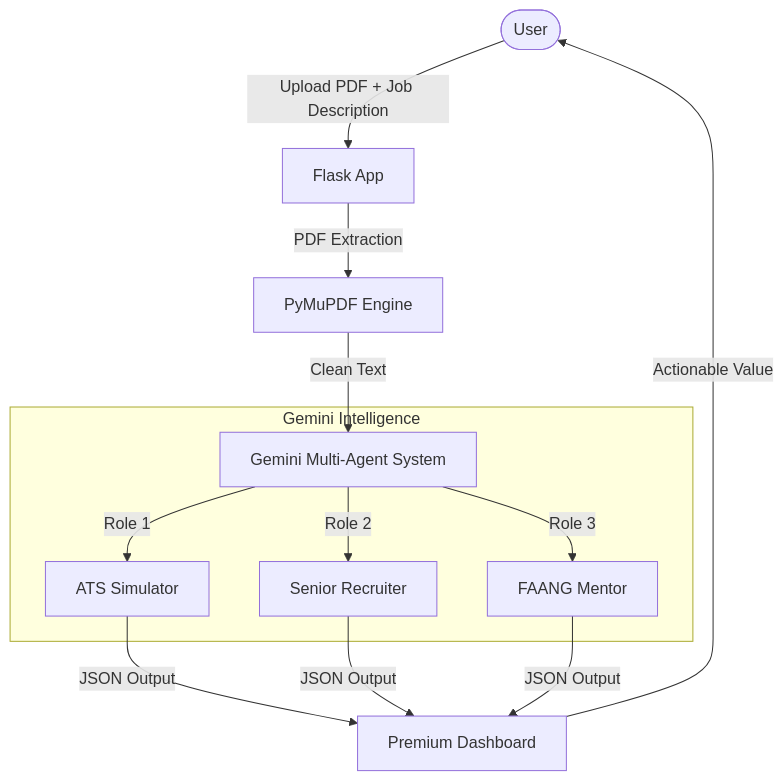
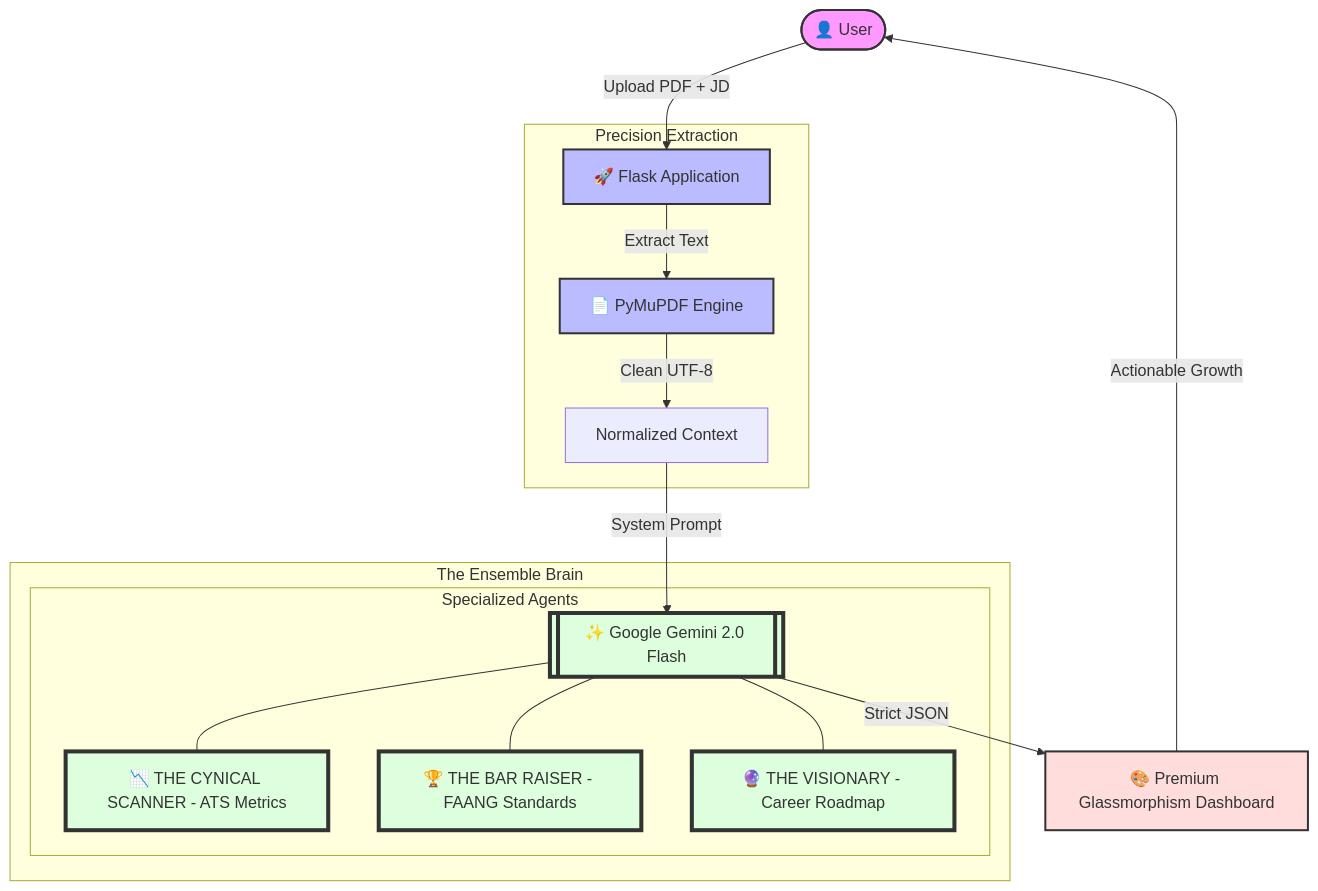
One commit to ShreyaRHipparagi/ai-ats-resume-analyzer changed the diagram in README.md. Above: the diagram before and after it, drawn with Mermaid. The commit also changed other lines of this file, not shown here.

````diff
--- a/README.md
+++ b/README.md
@@ -59,18 +71,34 @@
 ```mermaid
 graph TD
-    User([User]) -->|Upload PDF + Job Description| Flask[Flask App]
-    Flask -->|PDF Extraction| PyMuPDF[PyMuPDF Engine]
-    PyMuPDF -->|Clean Text| GeminiAgent[Gemini Multi-Agent System]
+    %% Styling
+    classDef user fill:#f9f,stroke:#333,stroke-width:2px;
+    classDef engine fill:#bbf,stroke:#333,stroke-width:2px;
+    classDef brain fill:#dfd,stroke:#333,stroke-width:4px;
+    classDef out fill:#fdd,stroke:#333,stroke-width:2px;
 
-    subgraph Gemini Intelligence
-        GeminiAgent -->|Role 1| ATS[ATS Simulator]
-        GeminiAgent -->|Role 2| Recruiter[Senior Recruiter]
-        GeminiAgent -->|Role 3| Mentor[FAANG Mentor]
+    User([👤 User]) -->|Upload PDF + JD| Flask[🚀 Flask Application]
+    
+    subgraph Processing_Layer [Precision Extraction]
+        Flask -->|Extract Text| PyMuPDF[📄 PyMuPDF Engine]
+        PyMuPDF -->|Clean UTF-8| Normalized[Normalized Context]
     end
 
-    ATS -->|JSON Output| Dashboard[Premium Dashboard]
-    Recruiter -->|JSON Output| Dashboard
-    Mentor -->|JSON Output| Dashboard
+    subgraph Intelligence_Layer [The Ensemble Brain]
+        Normalized -->|System Prompt| Gemini[[✨ Google Gemini 2.0 Flash]]
+        
+        subgraph Personas [Specialized Agents]
+            Gemini --- P1[📉 THE CYNICAL SCANNER - ATS Metrics]
+            Gemini --- P2[🏆 THE BAR RAISER - FAANG Standards]
+            Gemini --- P3[🔮 THE VISIONARY - Career Roadmap]
+        end
+    end
 
-    Dashboard -->|Actionable Value| User
+    Gemini -->|Strict JSON| Dashboard[🎨 Premium Glassmorphism Dashboard]
+    Dashboard -->|Actionable Growth| User
+
+    %% Styles
+    class User user;
+    class Flask,PyMuPDF engine;
+    class Gemini,P1,P2,P3 brain;
+    class Dashboard out;
 ```
````
